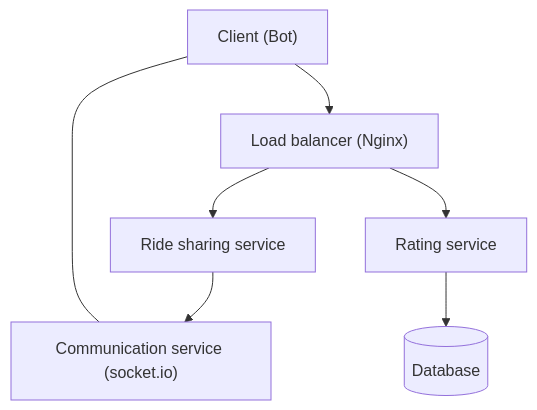
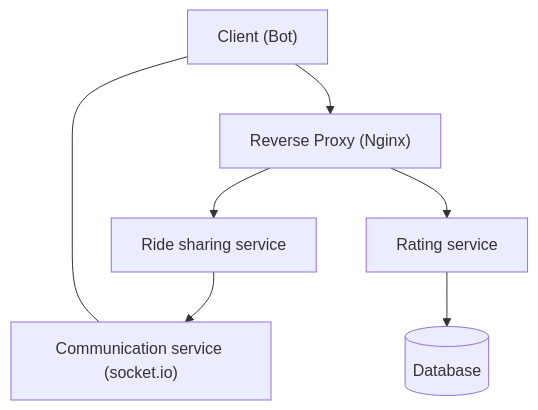
The second of 2 diagrams in content/courses/distributed-systems/lab/microservices.md (rafed/rafed.github.io), drawn with Mermaid before and after one commit. The commit also changed other lines of this file, not shown here.

````diff
--- a/content/courses/distributed-systems/lab/microservices.md
+++ b/content/courses/distributed-systems/lab/microservices.md
@@ -89,9 +89,9 @@
 ```mermaid
 graph TD
 A --- C["Communication service (socket.io)"]
-A["Client (Bot)"]-->B["Load balancer (Nginx)"]
+A["Client (Bot)"]-->B["Reverse Proxy (Nginx)"]
 B-->R[Ride sharing service]
 B-->Ra[Rating service]
 Ra-->D[(Database)]
 R-->C
 ```
````
